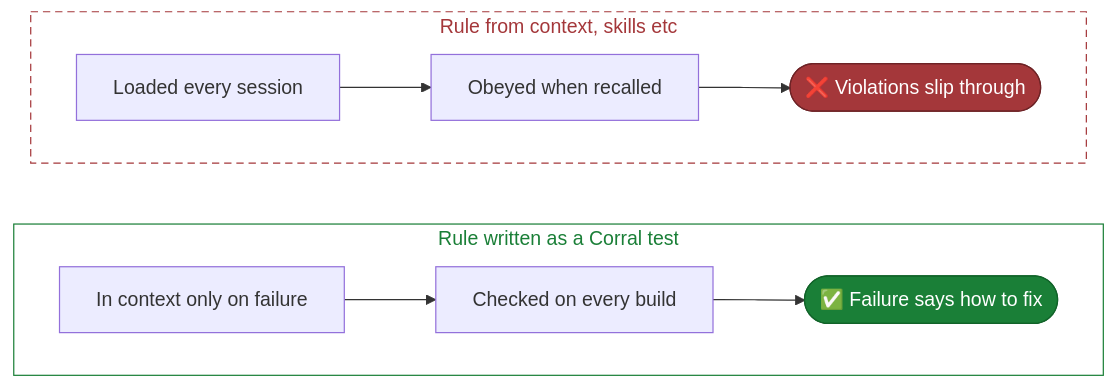
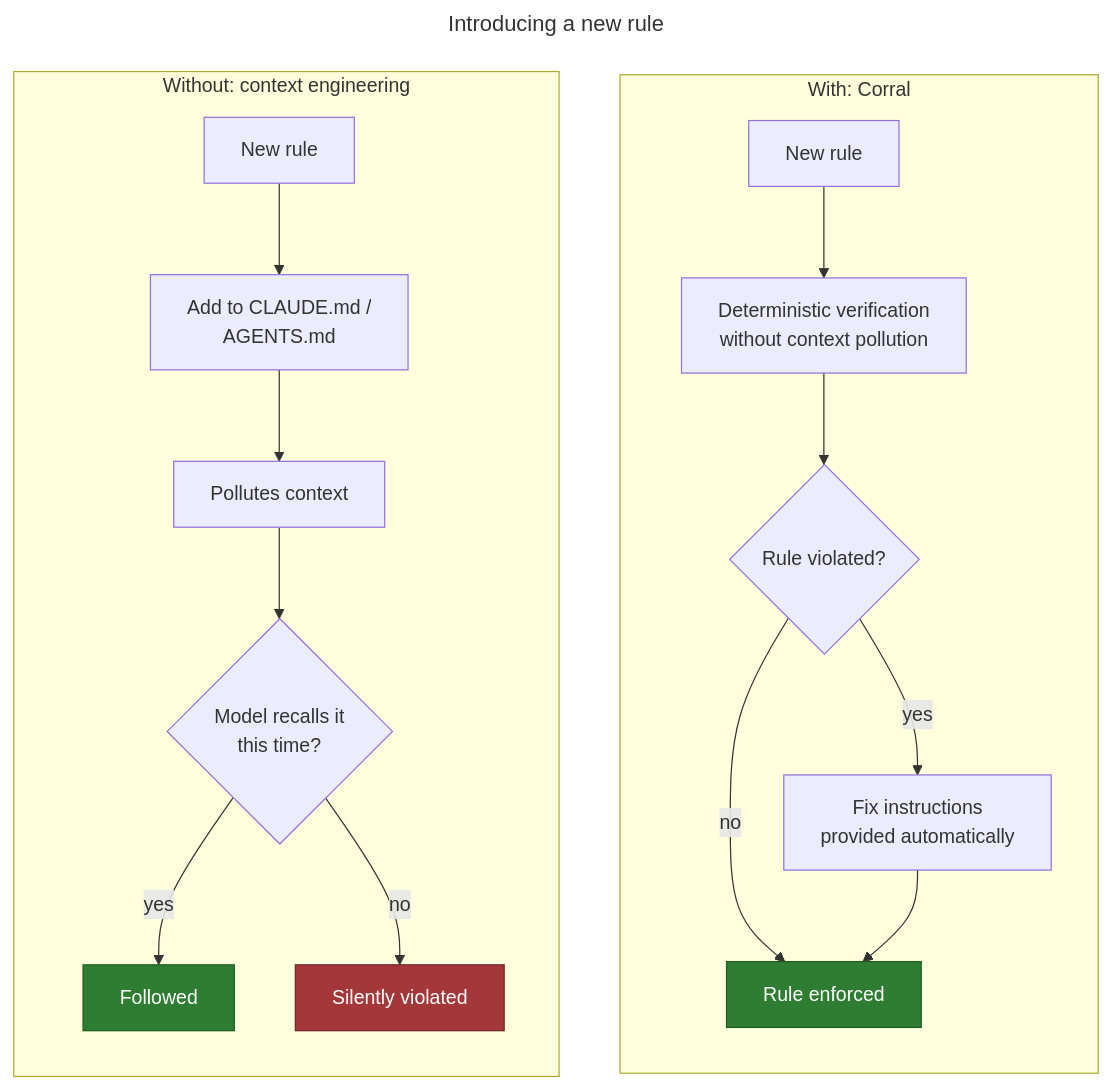
One commit to MilczekT1/Corral changed the diagram in README.md. Above: the diagram before and after it, drawn with Mermaid.

Commit message:
docs: Restore the original README flows side by side
Bring back the "Without" / "With: Corral" flowcharts, each read top to
bottom, and pin them as left and right columns with an invisible link.
Without the link the two unconnected flows were placed in whatever
order and orientation Mermaid chose. Mute the red on "Silently
violated" and keep the diagram directly under the tagline.

````diff
--- a/README.md
+++ b/README.md
@@ -18,16 +18,26 @@
 ```mermaid
-flowchart TB
-    subgraph md["Rule from context, skills etc"]
-        direction LR
-        A["Loaded every session"] --> B["Obeyed when recalled"] --> C(["❌ Violations slip through"])
+---
+title: Introducing a new rule
+---
+flowchart LR
+    subgraph ctx["Without: context engineering"]
+        direction TB
+        A["New rule"] --> B["Add to CLAUDE.md /<br/>AGENTS.md"]
+        B --> C["Pollutes context"]
+        C --> D{"Model recalls it<br/>this time?"}
+        D -->|yes| E["Followed"]
+        D -->|no| F["Silently violated"]
     end
-    subgraph cor["Rule written as a Corral test"]
-        direction LR
-        D["In context only on failure"] --> E["Checked on every build"] --> F(["✅ Failure says how to fix"])
+    subgraph cor["With: Corral"]
+        direction TB
+        G["New rule"] --> J["Deterministic verification <br/>without context pollution"]
+        J --> L{"Rule violated?"}
+        L -->|no| N["Rule enforced"]
+        L -->|yes| M["Fix instructions<br/>provided automatically"]
+        M --> N
     end
-    md ~~~ cor
-    style md fill:transparent,stroke:#a4373a,stroke-dasharray:6 4,color:#a4373a
-    style cor fill:transparent,stroke:#1a7f37,color:#1a7f37
-    style C fill:#a4373a,stroke:#6e2326,color:#ffffff
-    style F fill:#1a7f37,stroke:#116329,color:#ffffff
+    ctx ~~~ cor
+    style F fill:#a4373a,stroke:#6e2326,color:#ffffff
+    style E fill:#2e7d32,stroke:#1b5e20,color:#ffffff
+    style N fill:#2e7d32,stroke:#1b5e20,color:#ffffff
 ```
````
